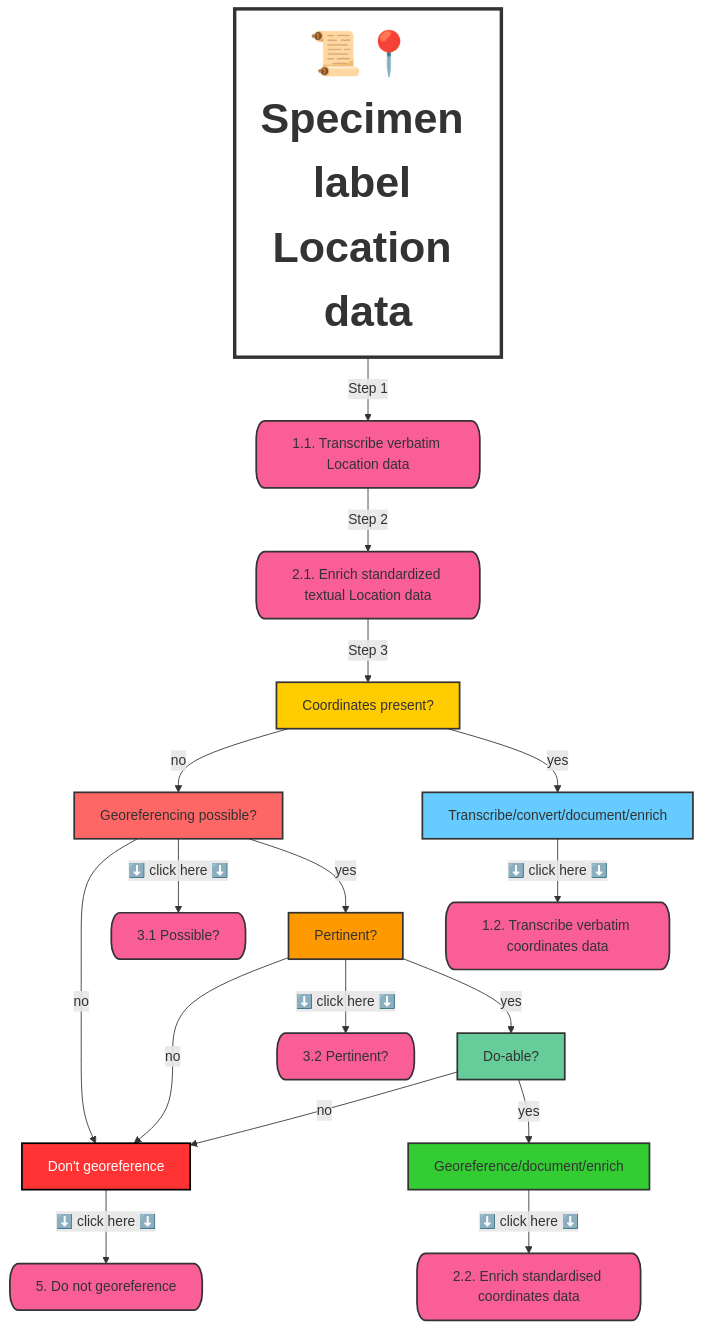
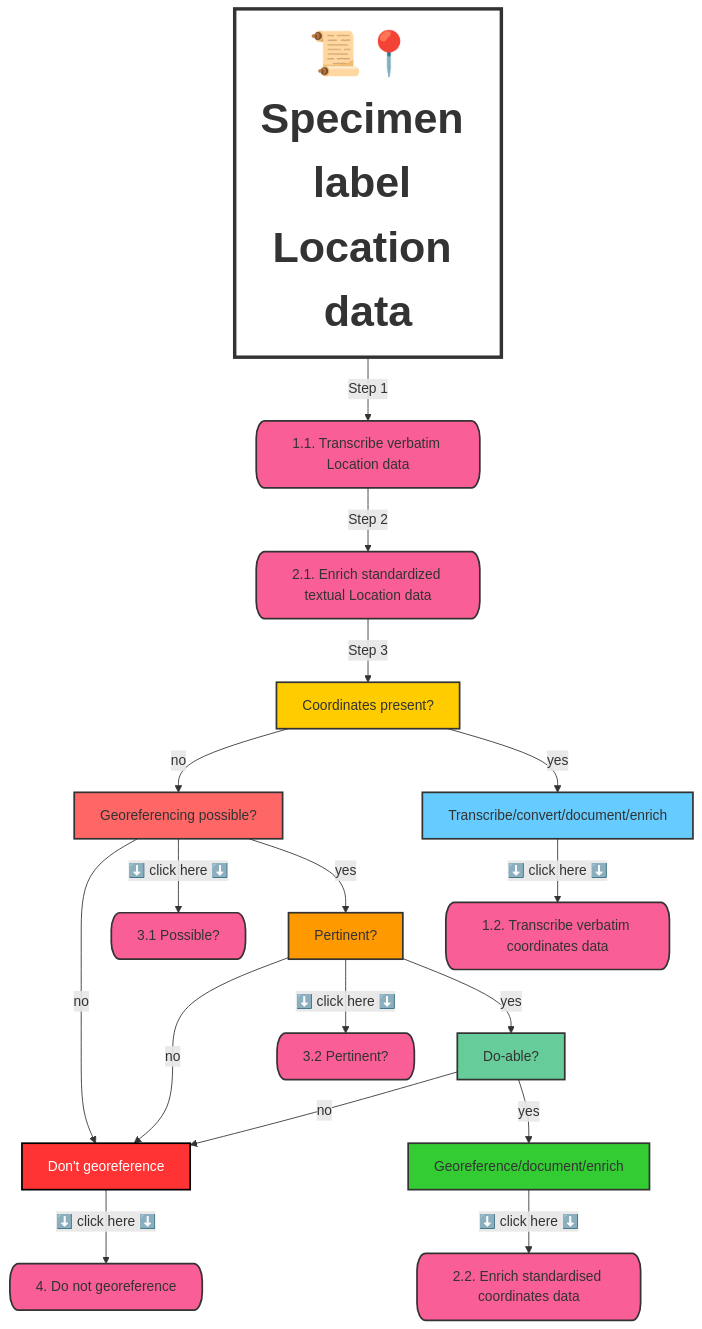
The diagram in en/thematicCommunities/GEOREFERENCING/geo_protocole.md (gbif/hp-swissnatcoll), drawn with Mermaid before and after one commit.

```diff
--- a/en/thematicCommunities/GEOREFERENCING/geo_protocole.md
+++ b/en/thematicCommunities/GEOREFERENCING/geo_protocole.md
@@ -36,46 +36,46 @@
 <div class="mermaid">
 graph TD;
     Start[📜📍 Specimen label Location data] --> |Step 1| Step1[1.1. Transcribe verbatim Location data];
     Step1 --> |Step 2| Step2[2.1. Enrich standardized textual Location data];
 
     %% Decision Graph in Step 3
     Step2 --> |Step 3| HasCoord[Coordinates present?];
     HasCoord[Coordinates present?] -->|no| GeoPoss[Georeferencing possible?];
     HasCoord -->|yes| TransVerbCoo[Transcribe/convert/document/enrich];
     GeoPoss --> |no| NoGeoref[Don't georeference];
     GeoPoss -->|⬇️ click here ⬇️| Link3[3.1 Possible?];
     GeoPoss --> |yes| GeorefPert[Pertinent?];
     GeorefPert --> |no| NoGeoref;
     GeorefPert -->|⬇️ click here ⬇️| Link4[3.2 Pertinent?];
     GeorefPert --> |yes| GeorefDoable[Do-able?];
     GeorefDoable --> |no| NoGeoref;
     GeorefDoable --> |yes| Georef[Georeference/document/enrich];
     TransVerbCoo -->|⬇️ click here ⬇️| Link1[1.2. Transcribe verbatim coordinates data];
     Georef -->|⬇️ click here ⬇️| Link2[2.2. Enrich standardised coordinates data];
-    NoGeoref -->|⬇️ click here ⬇️| Link5[5. Do not georeference];
+    NoGeoref -->|⬇️ click here ⬇️| Link5[4. Do not georeference];
 
     %% Define a "common style" for several blocks
     classDef bgColor fill: #FA5E97,stroke:#333,stroke-width:2px,rx:10px,ry:20px;
 
     %% Apply le style à tous les blocs qui doivent avoir la même couleur
     class Step1,Step2,Link1,Link2,Link3,Link4,Link5 bgColor;
 
     %% Apply Colors
     style Start fill:#FFFFFF,stroke:#333,stroke-width:4px,font-weight:bold,font-size:50px;
     style HasCoord fill:#ffcc00,stroke:#333,stroke-width:2px;
     style GeoPoss fill:#ff6666,stroke:#333,stroke-width:2px;
     style TransVerbCoo fill:#66ccff,stroke:#333,stroke-width:2px;
     style NoGeoref fill:#ff3333,stroke:#000,stroke-width:2px,color:white;
     style GeorefPert fill:#ff9900,stroke:#333,stroke-width:2px;
     style GeorefDoable fill:#66cc99,stroke:#333,stroke-width:2px;
     style Georef fill:#33cc33,stroke:#333,stroke-width:2px;
     
     %% Define the hyperlink
     click Link1 "/en/geo-protocole#12-transcribe-verbatim-coordinates-data"
     click Link2 "/en/geo-protocole#22-enrich-standardised-coordinates-data"
     click Link3 "/en/geo-protocole#31-possible"
     click Link4 "/en/geo-protocole#31-pertinent"
     click Link5 "/en/geo-protocole#4-do-not-georeference"
     click Step1 "/en/geo-protocole#11-step-1-transcribe-verbatim-location-data"
     click Step2 "/en/geo-protocole#21-enrich-standardised-textual-location-data"
 </div>
```
